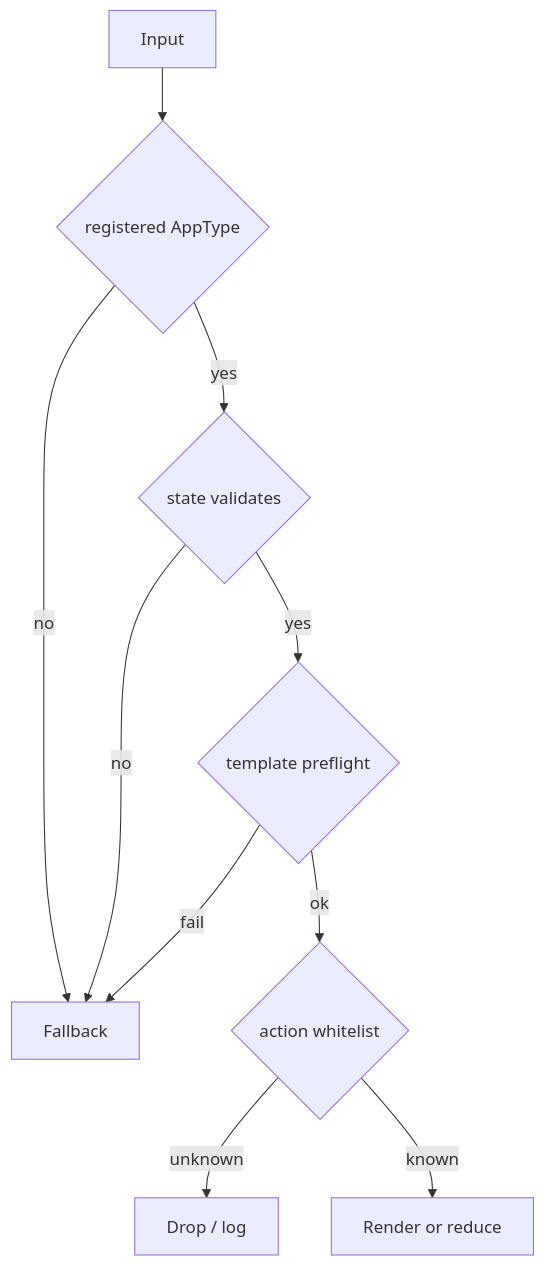
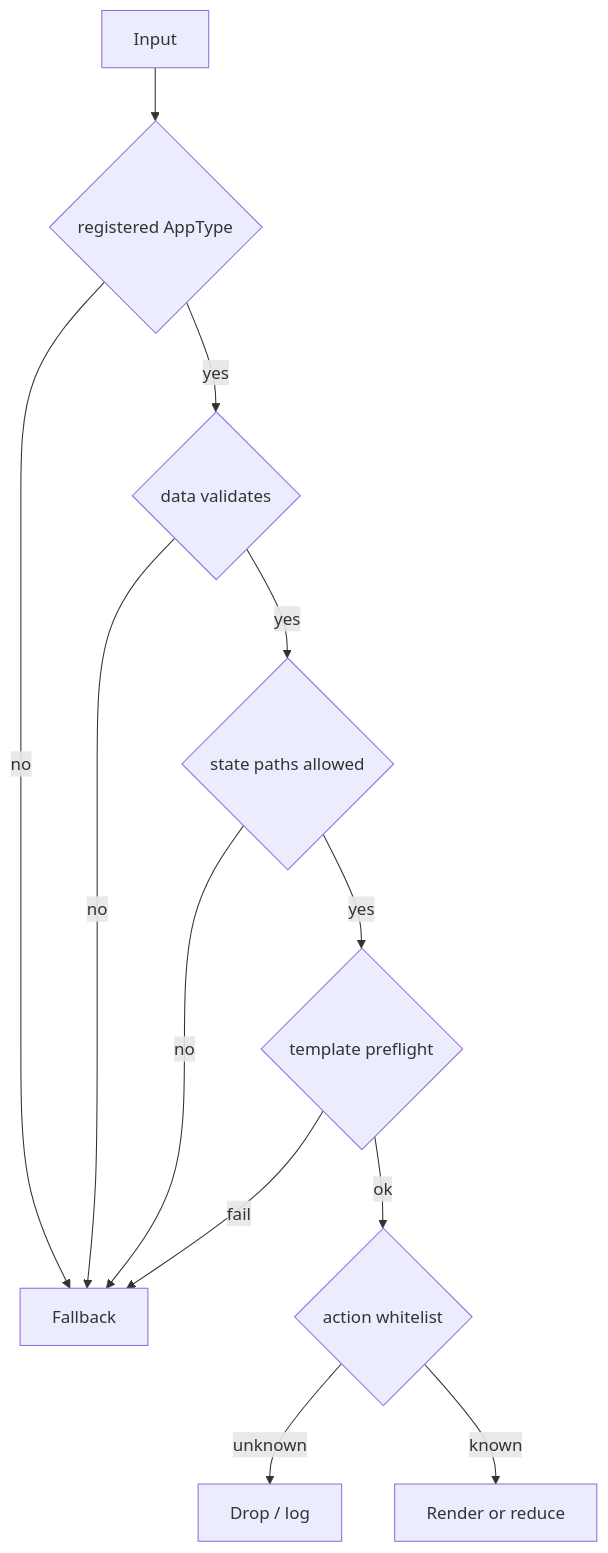
The diagram in examples/aichat/specs/agent2app-book/src/11-safety-model.md (ZhangHanDong/makepad), drawn with Mermaid before and after one commit. The commit also changed other lines of this file and 37 other files, not shown here.

````diff
--- a/examples/aichat/specs/agent2app-book/src/11-safety-model.md
+++ b/examples/aichat/specs/agent2app-book/src/11-safety-model.md
@@ -7,12 +7,14 @@
 ```mermaid
 flowchart TD
     I[Input] --> T{registered AppType}
     T -->|no| F[Fallback]
-    T -->|yes| V{state validates}
+    T -->|yes| V{data validates}
     V -->|no| F
-    V -->|yes| P{template preflight}
+    V -->|yes| S{state paths allowed}
+    S -->|no| F
+    S -->|yes| P{template preflight}
     P -->|fail| F
     P -->|ok| A{action whitelist}
     A -->|unknown| D[Drop / log]
     A -->|known| R[Render or reduce]
 ```
````
